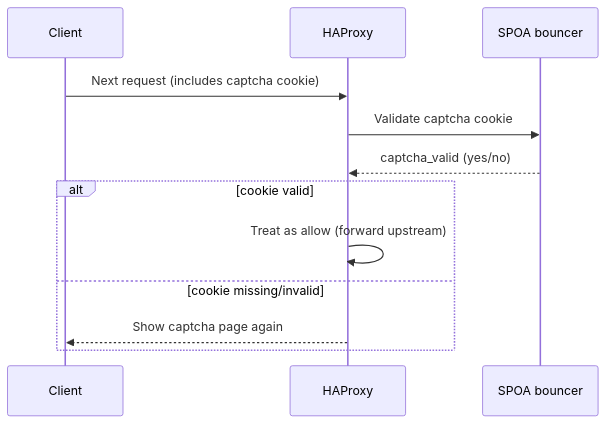
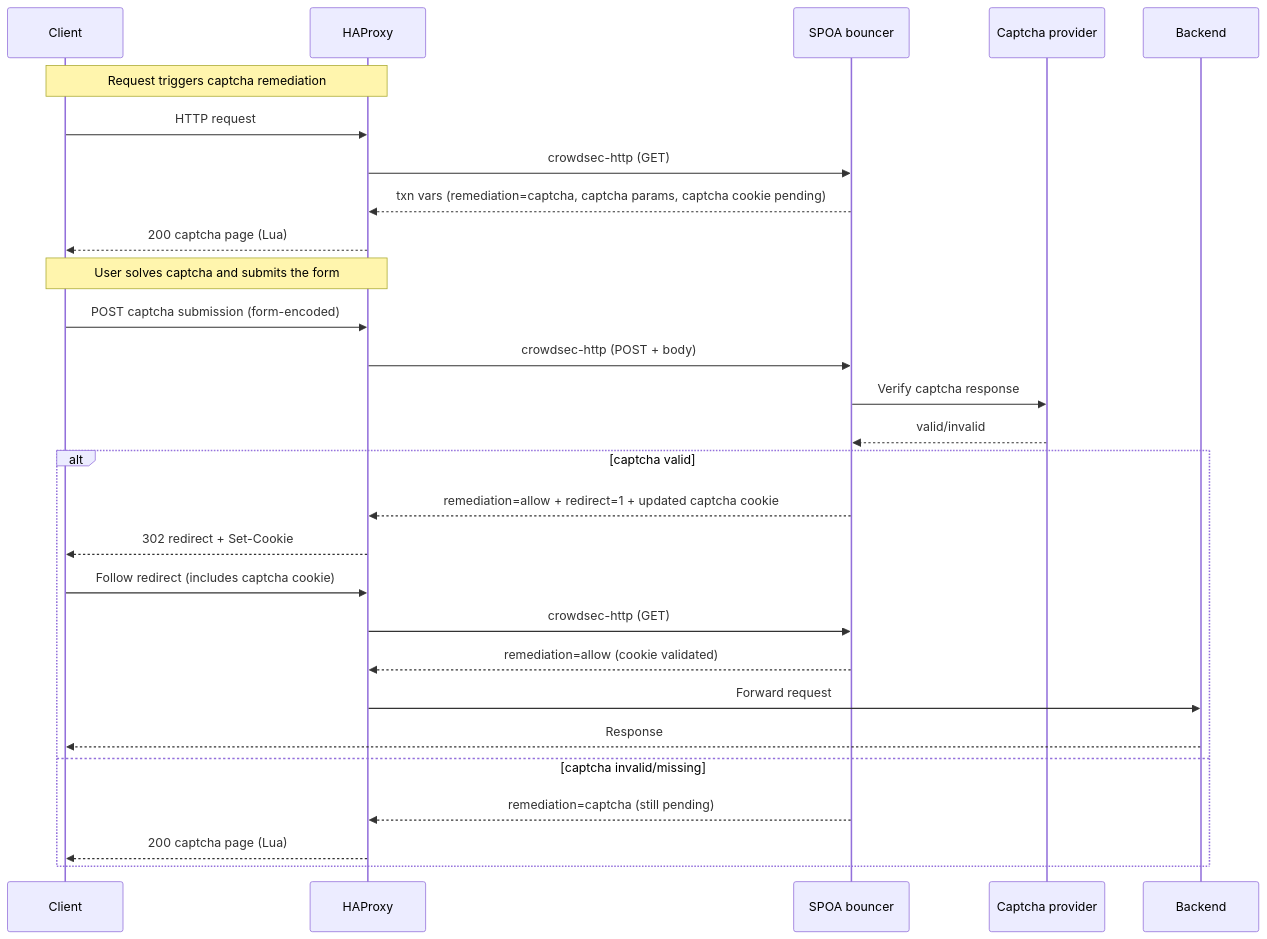
Before and after one commit to crowdsecurity/cs-haproxy-spoa-bouncer: the fifth of 7 diagrams in README.md, drawn with Mermaid. The commit also changed other lines of this file, not shown here.

Commit message:
docs: improve request flow diagrams

````diff
--- a/README.md
+++ b/README.md
@@ -92,16 +130,33 @@
 ```mermaid
 sequenceDiagram
     participant Client
     participant HAProxy
     participant SPOA as SPOA bouncer
+    participant Provider as Captcha provider
+    participant Backend
 
-    Client->>HAProxy: Next request (includes captcha cookie)
-    HAProxy->>SPOA: Validate captcha cookie
-    SPOA-->>HAProxy: captcha_valid (yes/no)
+    Note over Client,HAProxy: Request triggers captcha remediation
+    Client->>HAProxy: HTTP request
+    HAProxy->>SPOA: crowdsec-http (GET)
+    SPOA-->>HAProxy: txn vars (remediation=captcha, captcha params, captcha cookie pending)
+    HAProxy-->>Client: 200 captcha page (Lua)
 
-    alt cookie valid
-        HAProxy->>HAProxy: Treat as allow (forward upstream)
-    else cookie missing/invalid
-        HAProxy-->>Client: Show captcha page again
+    Note over Client,HAProxy: User solves captcha and submits the form
+    Client->>HAProxy: POST captcha submission (form-encoded)
+    HAProxy->>SPOA: crowdsec-http (POST + body)
+    SPOA->>Provider: Verify captcha response
+    Provider-->>SPOA: valid/invalid
+
+    alt captcha valid
+        SPOA-->>HAProxy: remediation=allow + redirect=1 + updated captcha cookie
+        HAProxy-->>Client: 302 redirect + Set-Cookie
+        Client->>HAProxy: Follow redirect (includes captcha cookie)
+        HAProxy->>SPOA: crowdsec-http (GET)
+        SPOA-->>HAProxy: remediation=allow (cookie validated)
+        HAProxy->>Backend: Forward request
+        Backend-->>Client: Response
+    else captcha invalid/missing
+        SPOA-->>HAProxy: remediation=captcha (still pending)
+        HAProxy-->>Client: 200 captcha page (Lua)
     end
 ```
````
